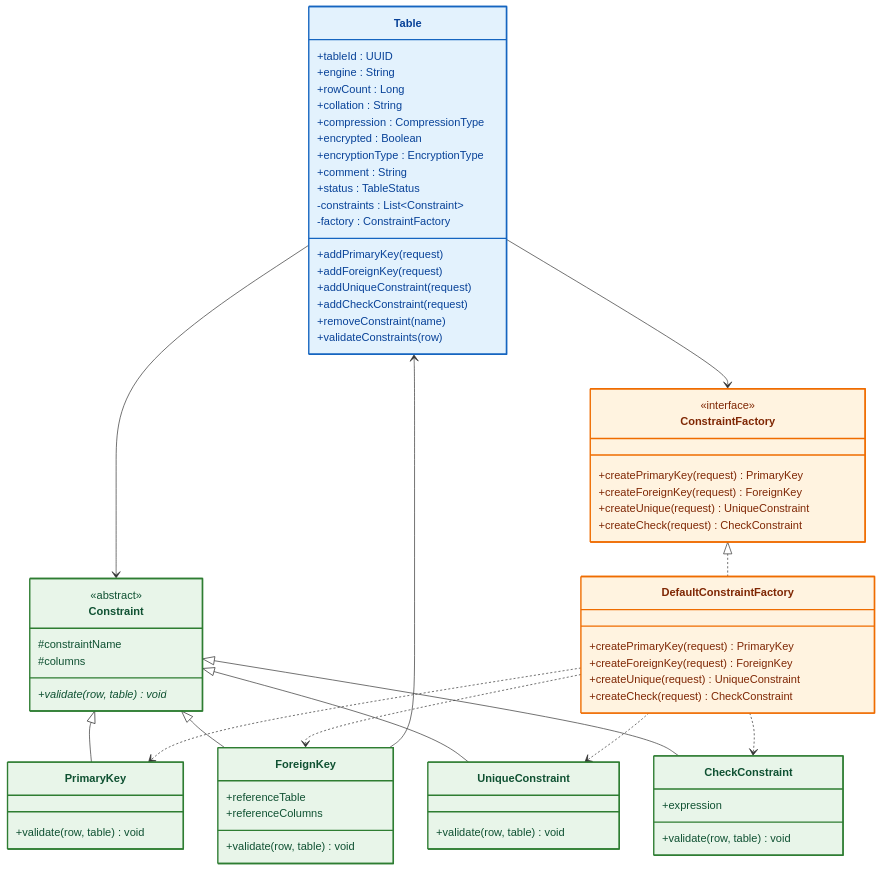
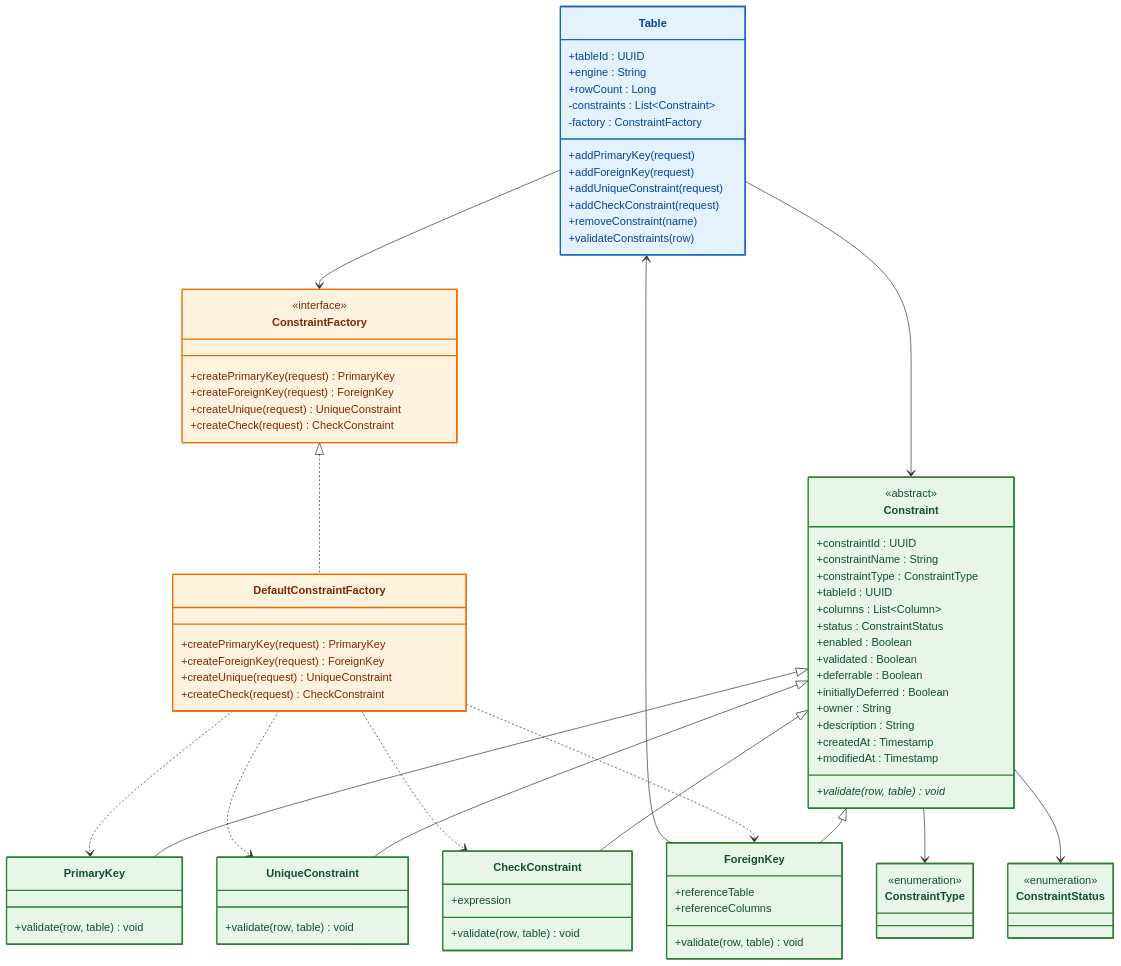
The ninth of 25 diagrams in docs/README.md (Huy1801214/dbms-architecture), drawn with Mermaid before and after one commit. The commit also changed other lines of this file and 24 other files, not shown here.

```diff
--- a/docs/README.md
+++ b/docs/README.md
@@ -1255,12 +1565,6 @@
     +tableId : UUID
     +engine : String
     +rowCount : Long
-    +collation : String
-    +compression : CompressionType
-    +encrypted : Boolean
-    +encryptionType : EncryptionType
-    +comment : String
-    +status : TableStatus
 
     -constraints : List~Constraint~
     -factory : ConstraintFactory
@@ -1281,10 +1585,30 @@
 class Constraint{
     <<abstract>>
 
-    #constraintName
-    #columns
+    +constraintId : UUID
+    +constraintName : String
+    +constraintType : ConstraintType
+    +tableId : UUID
+    +columns : List~Column~
+    +status : ConstraintStatus
+    +enabled : Boolean
+    +validated : Boolean
+    +deferrable : Boolean
+    +initiallyDeferred : Boolean
+    +owner : String
+    +description : String
+    +createdAt : Timestamp
+    +modifiedAt : Timestamp
 
     +validate(row, table)* void
+}
+
+class ConstraintType{
+    <<enumeration>>
+}
+
+class ConstraintStatus{
+    <<enumeration>>
 }
 
 class PrimaryKey{
@@ -1312,6 +1636,8 @@
 Constraint <|-- ForeignKey
 Constraint <|-- UniqueConstraint
 Constraint <|-- CheckConstraint
+Constraint --> ConstraintType
+Constraint --> ConstraintStatus
 
 %% =====================================================
 %% Factory Method
@@ -1357,6 +1683,8 @@
 style Table fill:#e3f2fd,stroke:#1565c0,stroke-width:2px,color:#084298
 
 style Constraint fill:#e8f5e9,stroke:#2e7d32,stroke-width:2px,color:#0f5132
+style ConstraintType fill:#e8f5e9,stroke:#2e7d32,stroke-width:2px,color:#0f5132
+style ConstraintStatus fill:#e8f5e9,stroke:#2e7d32,stroke-width:2px,color:#0f5132
 style PrimaryKey fill:#e8f5e9,stroke:#2e7d32,stroke-width:2px,color:#0f5132
 style ForeignKey fill:#e8f5e9,stroke:#2e7d32,stroke-width:2px,color:#0f5132
 style UniqueConstraint fill:#e8f5e9,stroke:#2e7d32,stroke-width:2px,color:#0f5132
```
